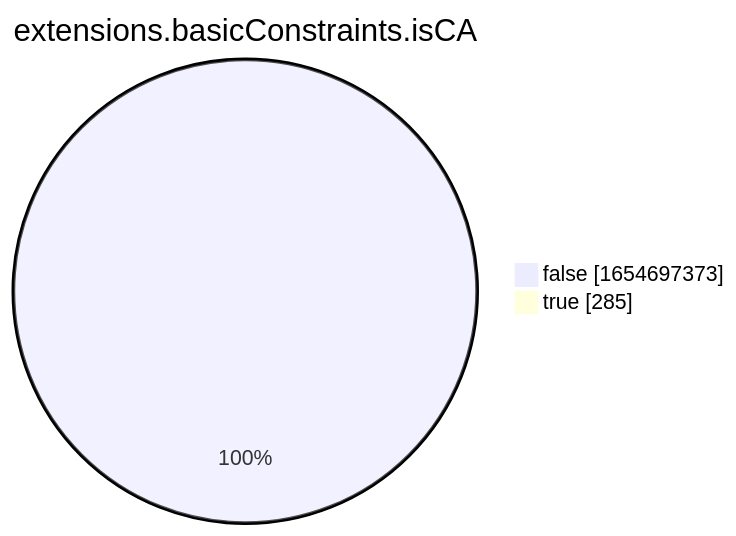
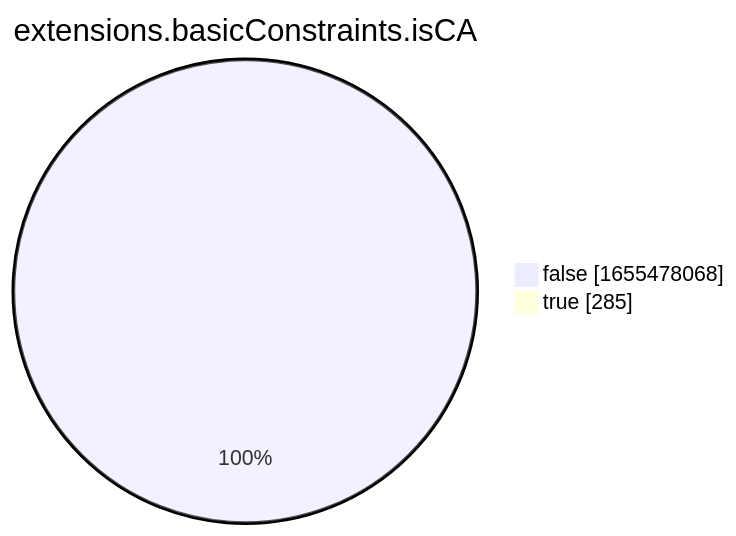
One commit to christiankrug/ctmonitor_visualization changed the eighth of 15 diagrams in xenon2022/README.md. Above: the diagram before and after it, drawn with Mermaid. The commit also changed other lines of this file, not shown here.

````diff
--- a/xenon2022/README.md
+++ b/xenon2022/README.md
@@ -2864,6 +2864,6 @@
 ```mermaid
 pie showData
 title extensions.basicConstraints.isCA
-"false" :1654697373
+"false" :1655478068
 "true" :285
 ```
````
